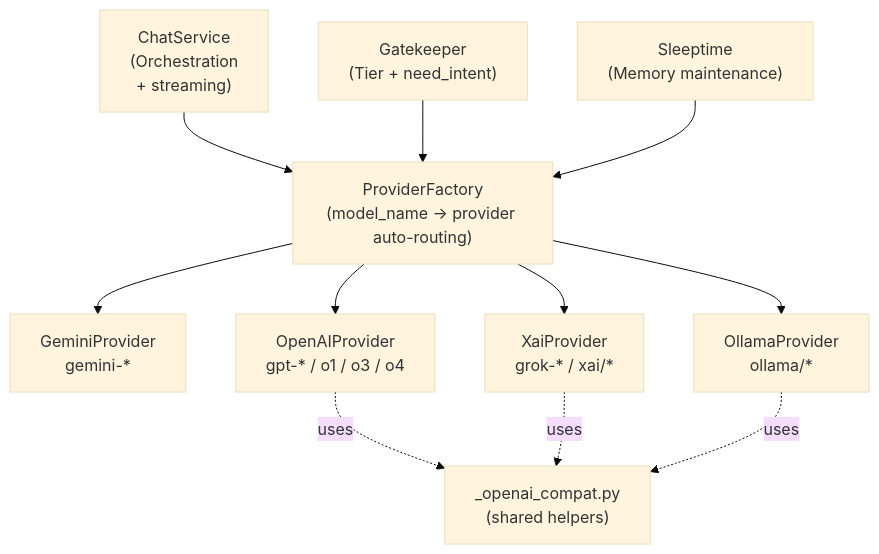
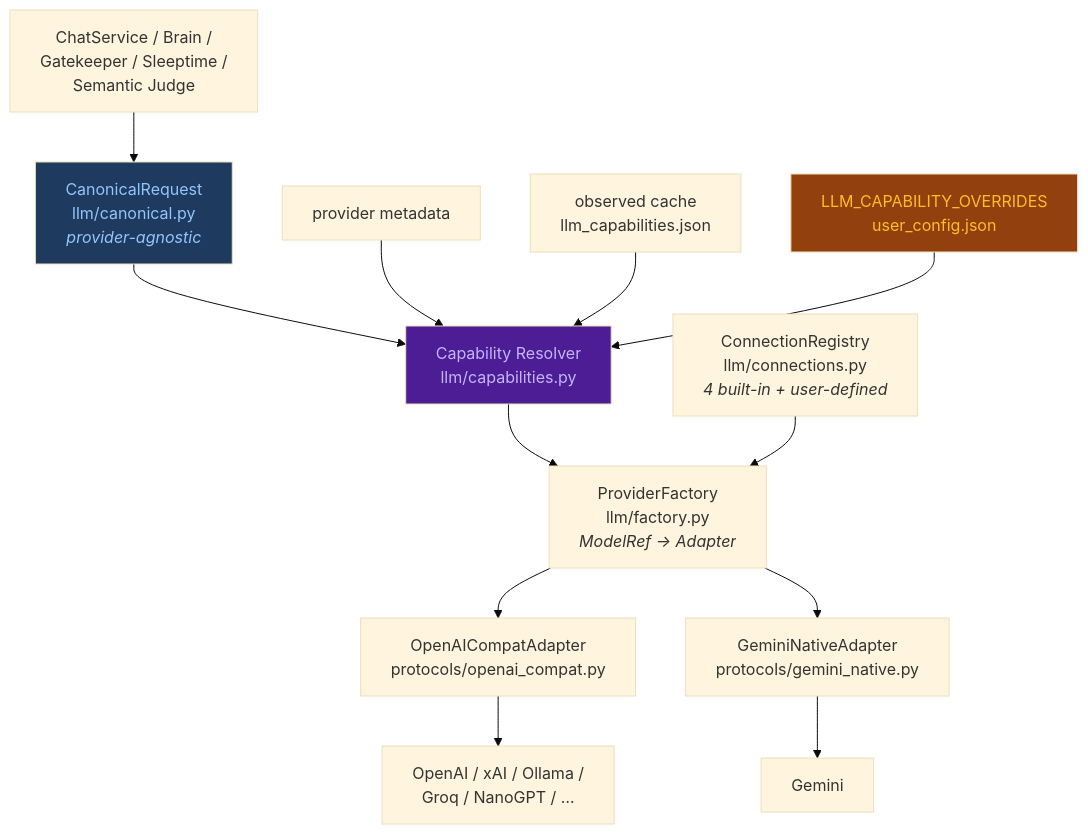
The sixth of 11 diagrams in docs/reference/DIAGRAMS.md (unagisann/Butly), drawn with Mermaid (base theme) before and after one commit. The commit also changed other lines of this file and 28 other files, not shown here.

````diff
--- a/docs/reference/DIAGRAMS.md
+++ b/docs/reference/DIAGRAMS.md
@@ -128,23 +204,31 @@
 ```mermaid
 flowchart TD
-    CS["ChatService<br/>(Orchestration<br/>+ streaming)"]
-    GK["Gatekeeper<br/>(Tier + need_intent)"]
-    HK["Sleeptime<br/>(Memory maintenance)"]
-    PF["ProviderFactory<br/>(model_name → provider auto-routing)"]
-    GE["GeminiProvider<br/>gemini-*"]
-    OA["OpenAIProvider<br/>gpt-* / o1 / o3 / o4"]
-    XA["XaiProvider<br/>grok-* / xai/*"]
-    OL["OllamaProvider<br/>ollama/*"]
-    CMP["_openai_compat.py<br/>(shared helpers)"]
+    CS["ChatService / Brain /<br/>Gatekeeper / Sleeptime /<br/>Semantic Judge"]
+    CR["CanonicalRequest<br/>llm/canonical.py<br/><i>provider-agnostic</i>"]
+    CAP["Capability Resolver<br/>llm/capabilities.py"]
+    META["provider metadata"]
+    OBS["observed cache<br/>llm_capabilities.json"]
+    OVR["LLM_CAPABILITY_OVERRIDES<br/>user_config.json"]
+    REG["ConnectionRegistry<br/>llm/connections.py<br/><i>4 built-in + user-defined</i>"]
+    PF["ProviderFactory<br/>llm/factory.py<br/><i>ModelRef → Adapter</i>"]
+    OC["OpenAICompatAdapter<br/>protocols/openai_compat.py"]
+    GN["GeminiNativeAdapter<br/>protocols/gemini_native.py"]
+    P1["OpenAI / xAI / Ollama /<br/>Groq / NanoGPT / …"]
+    P2["Gemini"]
 
-    CS --> PF
-    GK --> PF
-    HK --> PF
-    PF --> GE
-    PF --> OA
-    PF --> XA
-    PF --> OL
-    OA -.->|uses| CMP
-    XA -.->|uses| CMP
-    OL -.->|uses| CMP
+    CS --> CR
+    CR --> CAP
+    META --> CAP
+    OBS --> CAP
+    OVR --> CAP
+    CAP --> PF
+    REG --> PF
+    PF --> OC
+    PF --> GN
+    OC --> P1
+    GN --> P2
+
+    style CR fill:#1e3a5f,color:#93c5fd
+    style CAP fill:#4c1d95,color:#c4b5fd
+    style OVR fill:#92400e,color:#fbbf24
 ```
````
